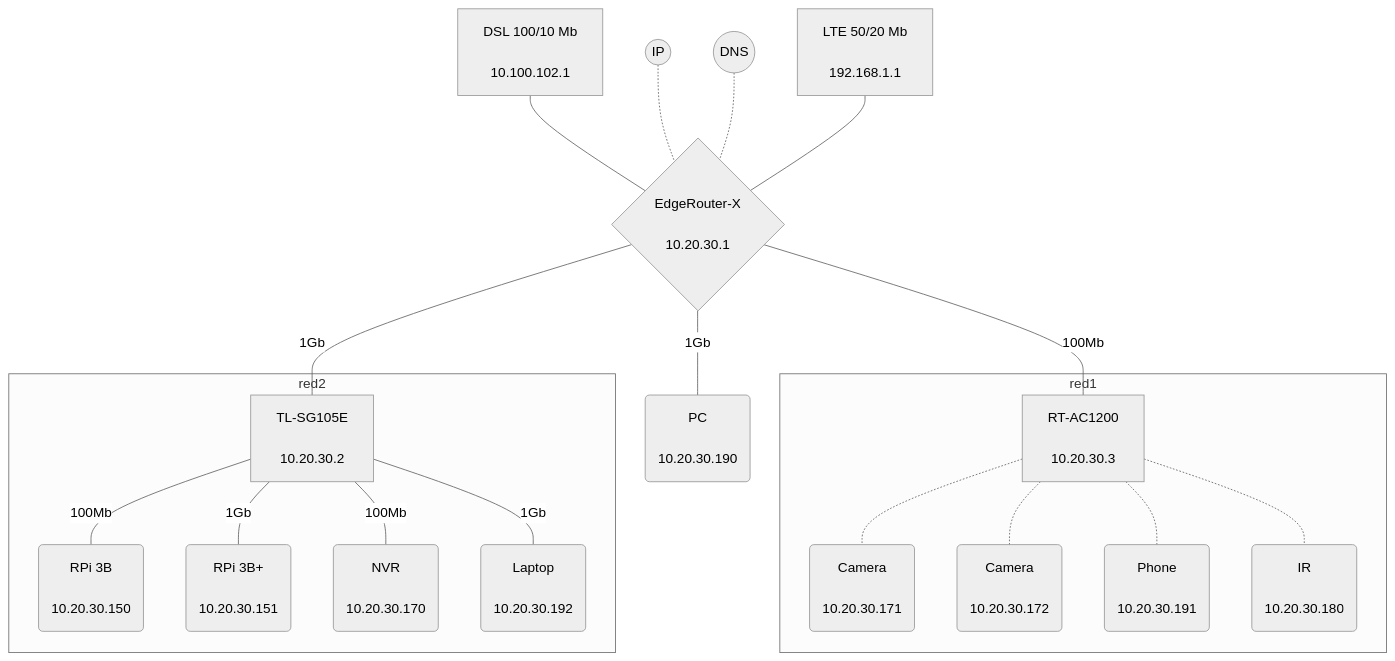
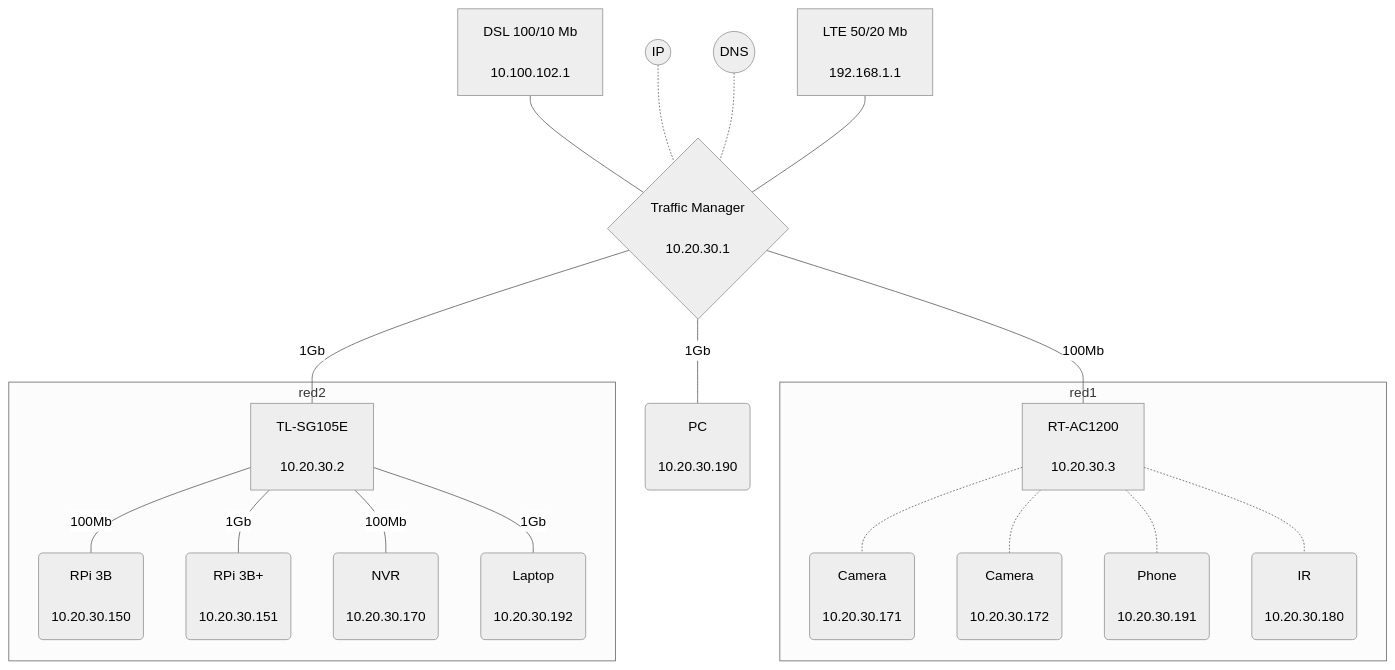
The diagram in README.md (EproductiveReleases/whatsup), drawn with Mermaid (neutral theme) before and after one commit.

````diff
--- a/README.md
+++ b/README.md
@@ -3,23 +3,23 @@
 ```mermaid
 graph TD
  linkStyle default interpolate basis
- wan1[<center>DSL 100/10 Mb<br><br>10.100.102.1</center>]---router{<center>EdgeRouter-X<br><br>10.20.30.1</center>}
+ wan1[<center>DSL 100/10 Mb<br><br>10.100.102.1</center>]---router{<center>Traffic Manager<br><br>10.20.30.1</center>}
  ip((<center><br>IP<br><br></center>))-.-router
  dns((<center><br>DNS<br><br></center>))-.-router
  wan2[<center>LTE 50/20 Mb<br><br>192.168.1.1</center>]---router
  router---|100Mb|ap[<center>RT-AC1200<br><br>10.20.30.3</center>]
  router---|1Gb|pc(<center>PC<br><br>10.20.30.190</center>)
  router---|1Gb|switch[<center>TL-SG105E<br><br>10.20.30.2</center>]
  subgraph red1
  ap-.-cam1(<center>Camera<br><br>10.20.30.171</center>)
  ap-.-cam2(<center>Camera<br><br>10.20.30.172</center>)
  ap-.-phone(<center>Phone<br><br>10.20.30.191</center>)
  ap-.-ir(<center>IR<br><br>10.20.30.180</center>)
  end
  subgraph red2
  switch---|100Mb|pi1(<center>RPi 3B<br><br>10.20.30.150</center>)
  switch---|1Gb|pi2(<center>RPi 3B+<br><br>10.20.30.151</center>)
  switch---|100Mb|nvr(<center>NVR<br><br>10.20.30.170</center>)
  switch---|1Gb|laptop(<center>Laptop<br><br>10.20.30.192</center>)
  end
 ```
````
